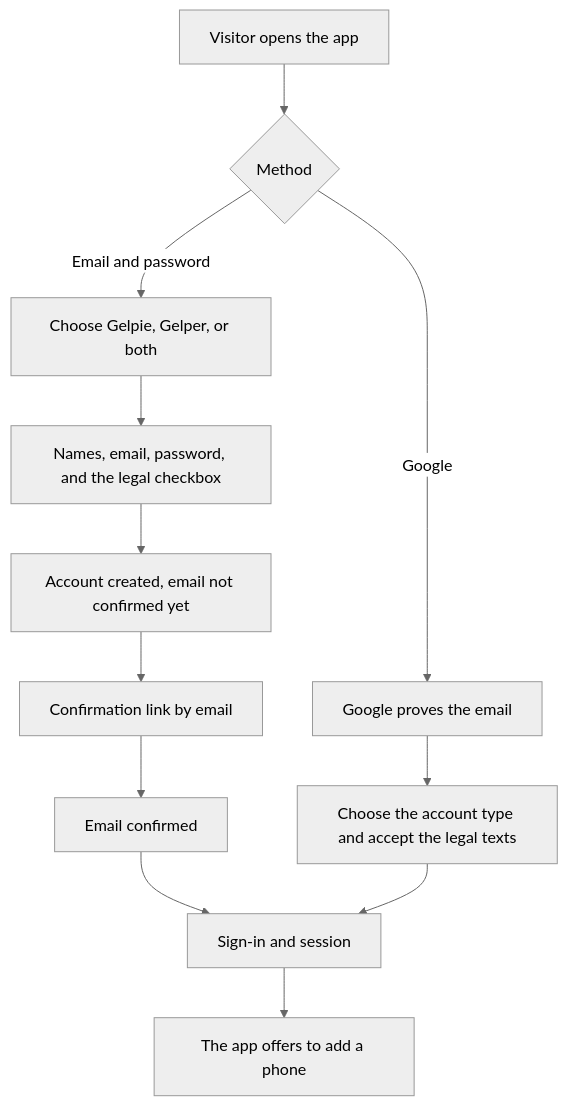
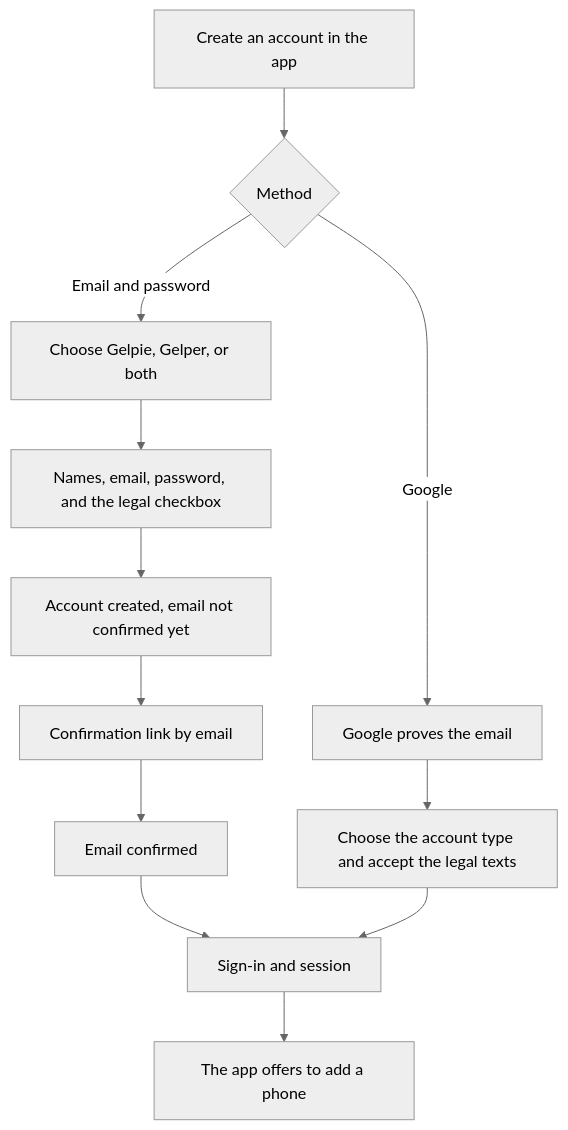
Before and after one commit to Gelpy/gelpy: the diagram in docs/product/accounts.md, drawn with Mermaid (neutral theme). The commit also changed other lines of this file and 8 other files, not shown here.

````diff
--- a/docs/product/accounts.md
+++ b/docs/product/accounts.md
@@ -31,14 +30,14 @@
 ```mermaid
 flowchart TD
-  A[Visitor opens the app] --> B{Method}
+  A[Create an account in the app] --> B{Method}
   B -- Email and password --> T[Choose Gelpie, Gelper, or both]
   T --> E[Names, email, password, and the legal checkbox]
   E --> H[Account created, email not confirmed yet]
   H --> I[Confirmation link by email]
   I --> J[Email confirmed]
   B -- Google --> G[Google proves the email]
   G --> K[Choose the account type and accept the legal texts]
   J --> L[Sign-in and session]
   K --> L
   L --> M[The app offers to add a phone]
 ```
````
